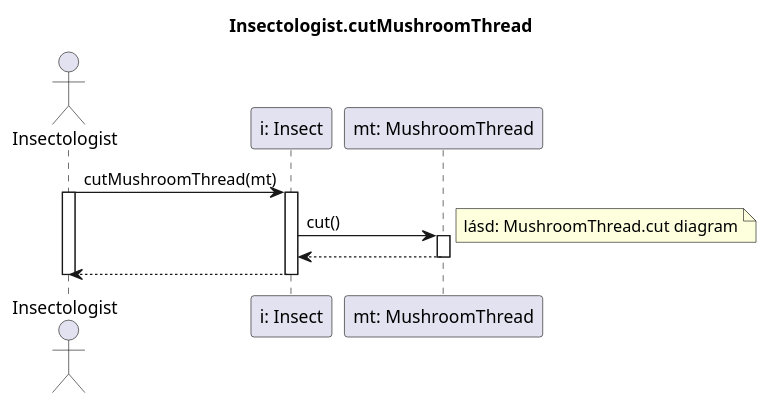
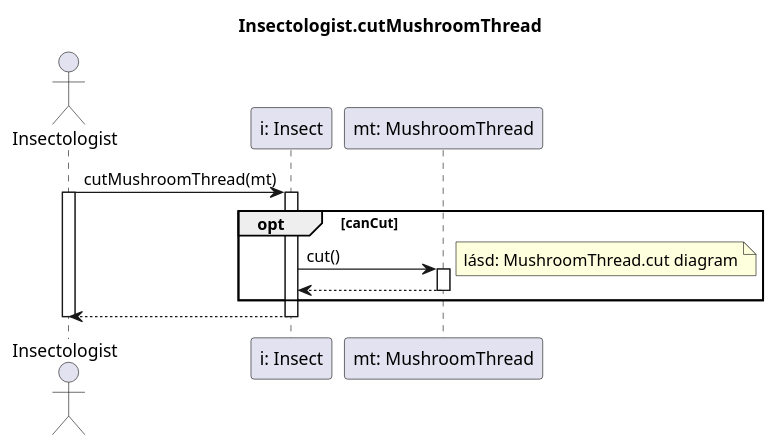
The diagram in diagrams/sequence/use_cases/cutMushroomThread.plantuml (dzsem/projlab), drawn with PlantUML before and after one commit. The commit also changed 2 other files, not shown here.

Commit message:
Update Insect and PassRound diagrams

```diff
--- a/diagrams/sequence/use_cases/cutMushroomThread.plantuml
+++ b/diagrams/sequence/use_cases/cutMushroomThread.plantuml
@@ -1,25 +1,29 @@
 @startuml Insectologist.cutMushroomThread
 
 title Insectologist.cutMushroomThread
 
 actor "Insectologist" as insectologist
 participant "i: Insect" as insect
 participant "mt: MushroomThread" as mt
 
 insectologist -> insect: cutMushroomThread(mt)
 activate insectologist
 activate insect
 
-insect -> mt: cut()
-note right: lásd: MushroomThread.cut diagram
-activate mt
+opt canCut
 
-insect <-- mt
-deactivate mt
+	insect -> mt: cut()
+	note right: lásd: MushroomThread.cut diagram
+	activate mt
+
+	insect <-- mt
+	deactivate mt
+
+end
 
 insectologist <-- insect
 deactivate insect
 
 deactivate insectologist
 
 @enduml
```
